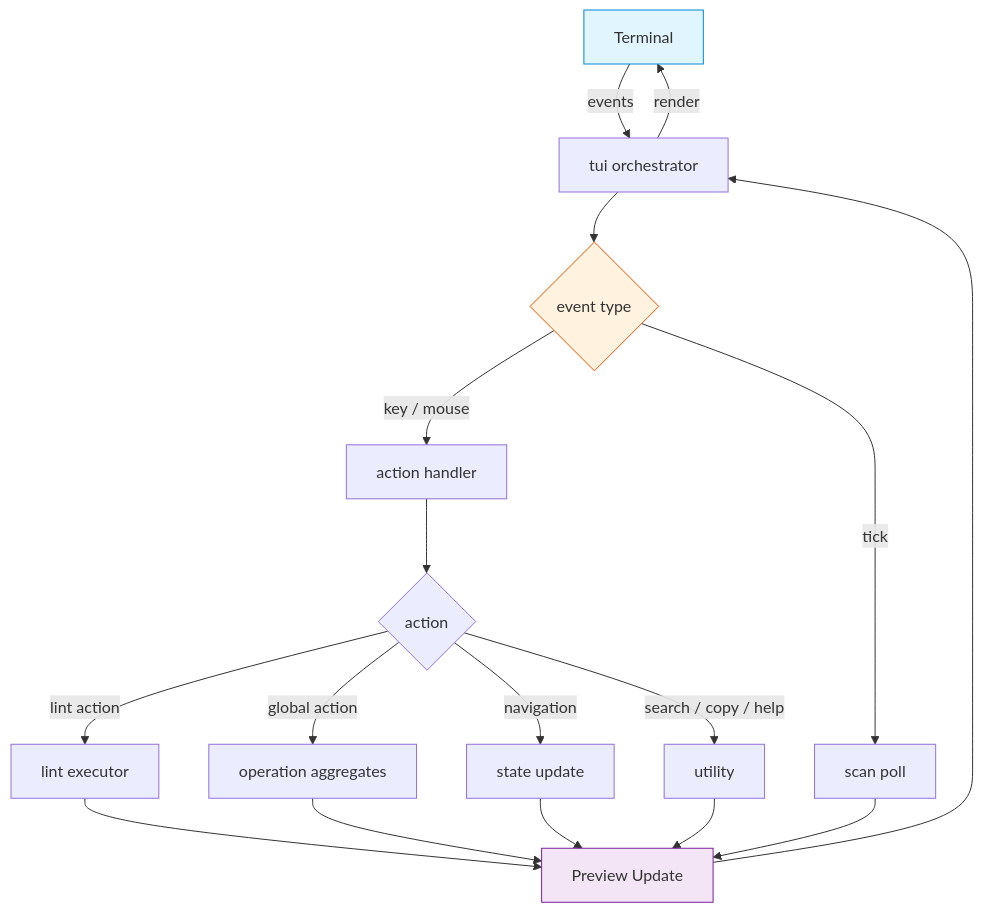
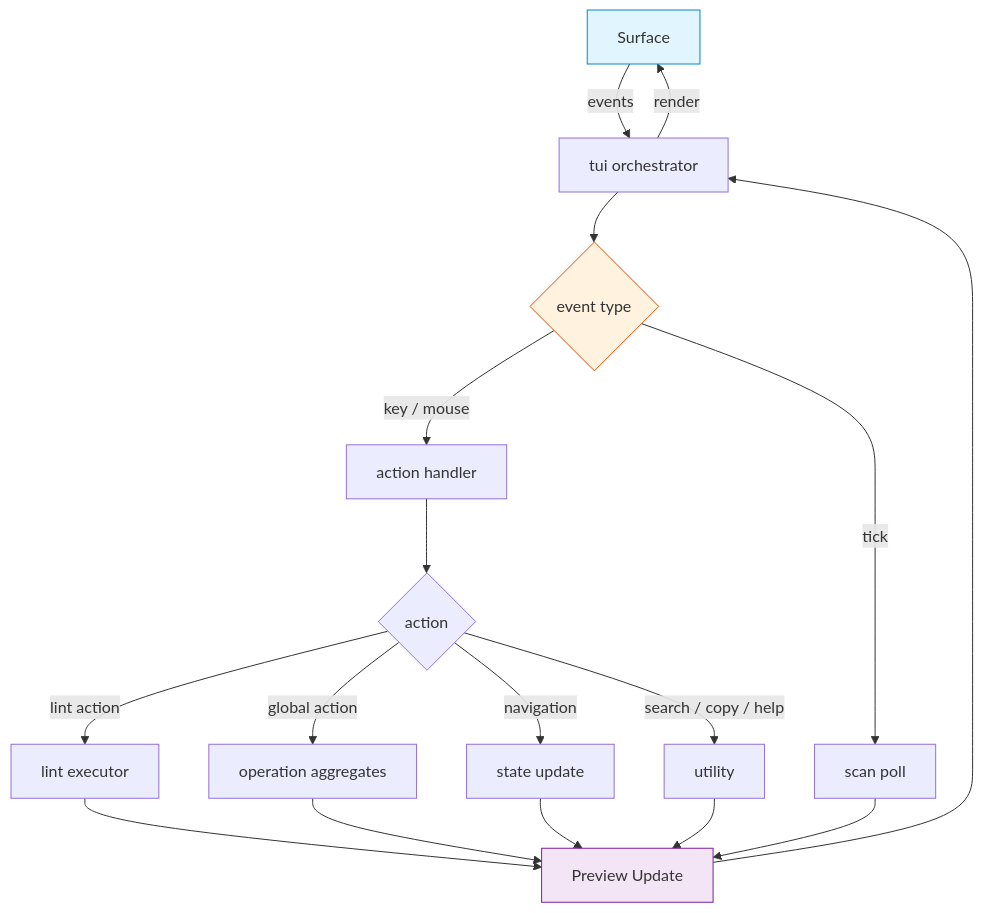
Before and after one commit to rakaarwaky/lint-arwaky: the diagram in crates/tui/FRD.md, drawn with Mermaid. The commit also changed other lines of this file and 24 other files, not shown here.

````diff
--- a/crates/tui/FRD.md
+++ b/crates/tui/FRD.md
@@ -8,27 +7,27 @@
 ```mermaid
 flowchart TD
-    A["Terminal"] -->|events| B["tui orchestrator"]
+    A["Surface"] -->|events| B["tui orchestrator"]
     B --> C{"event type"}
 
     C -->|"key / mouse"| D["action handler"]
     C -->|"tick"| E["scan poll"]
 
     D --> F{"action"}
     F -->|"navigation"| G["state update"]
     F -->|"lint action"| H["lint executor"]
     F -->|"global action"| I["operation aggregates"]
     F -->|"search / copy / help"| J["utility"]
 
     H --> K["Preview Update"]
     I --> K
     G --> K
     J --> K
     E --> K
 
     K --> B
     B -->|render| A
 
     style A fill:#e1f5fe,stroke:#0288d1
     style C fill:#fff3e0,stroke:#e65100
     style K fill:#f3e5f5,stroke:#7b1fa2
 ```
````
